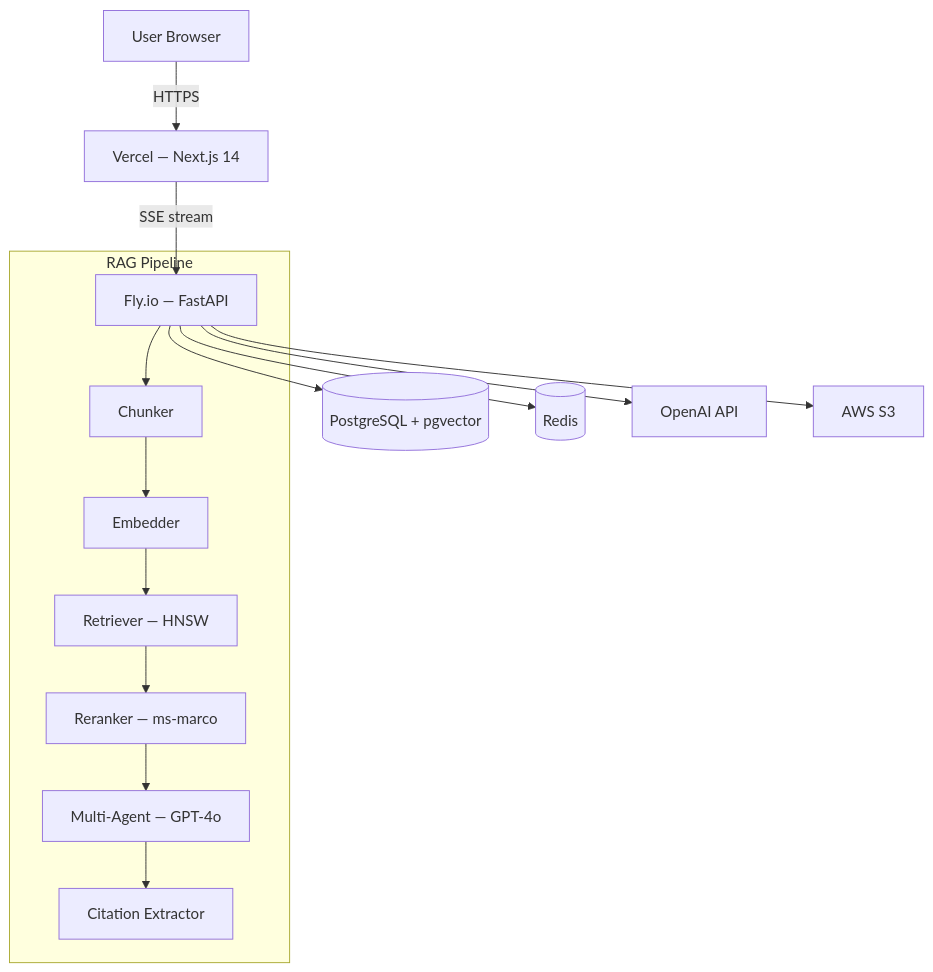
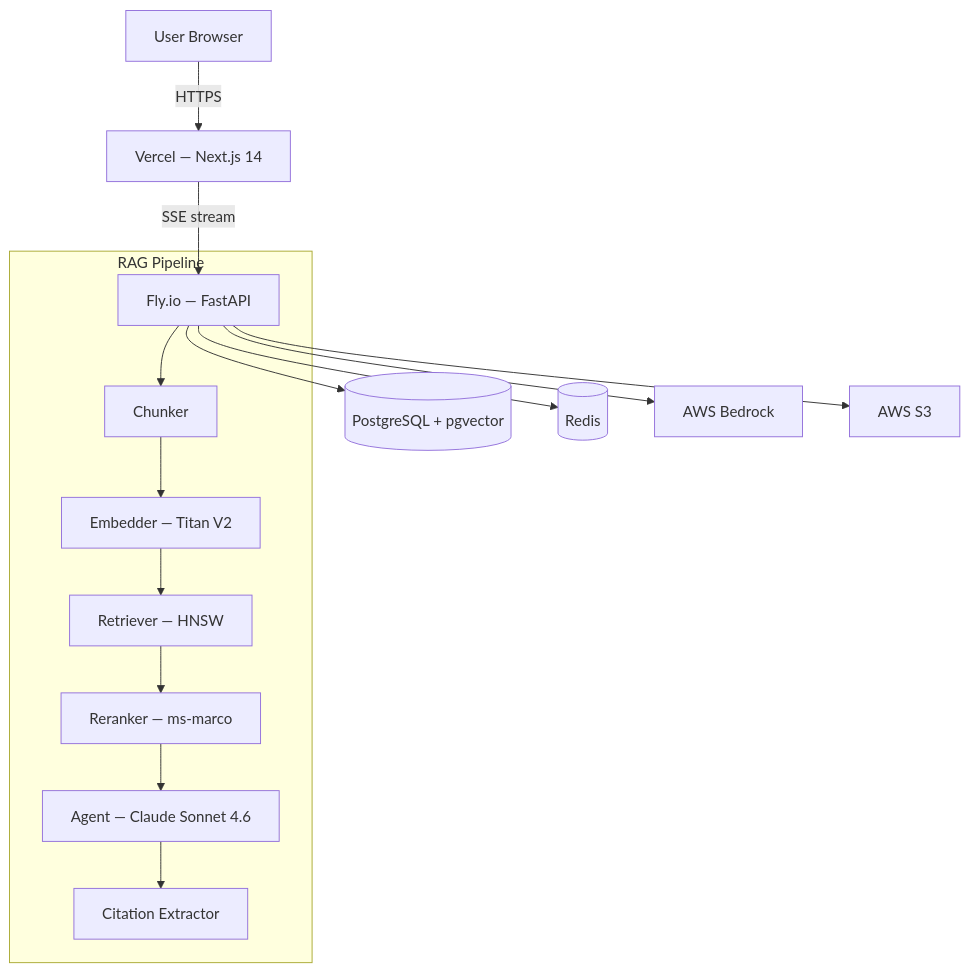
The diagram in README.md (RuphakVarmaa/rag-doc-intelligence), drawn with Mermaid before and after one commit. The commit also changed other lines of this file, not shown here.

Commit message:
docs: update README with live links, Bedrock stack, full API reference

````diff
--- a/README.md
+++ b/README.md
@@ -11,18 +12,18 @@
 ```mermaid
 graph TD
     U[User Browser] -->|HTTPS| V[Vercel — Next.js 14]
     V -->|SSE stream| B[Fly.io — FastAPI]
     B --> PG[(PostgreSQL + pgvector)]
     B --> R[(Redis)]
-    B --> OAI[OpenAI API]
+    B --> BED[AWS Bedrock]
     B --> S3[AWS S3]
 
     subgraph RAG Pipeline
         B --> CH[Chunker]
-        CH --> EMB[Embedder]
+        CH --> EMB[Embedder — Titan V2]
         EMB --> RET[Retriever — HNSW]
         RET --> RNK[Reranker — ms-marco]
-        RNK --> AGT[Multi-Agent — GPT-4o]
+        RNK --> AGT[Agent — Claude Sonnet 4.6]
         AGT --> CIT[Citation Extractor]
     end
 ```
````
